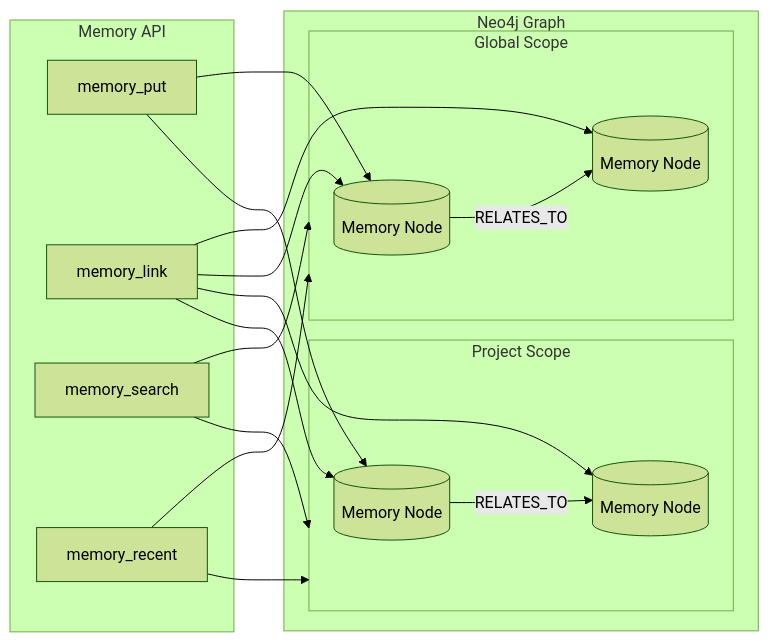
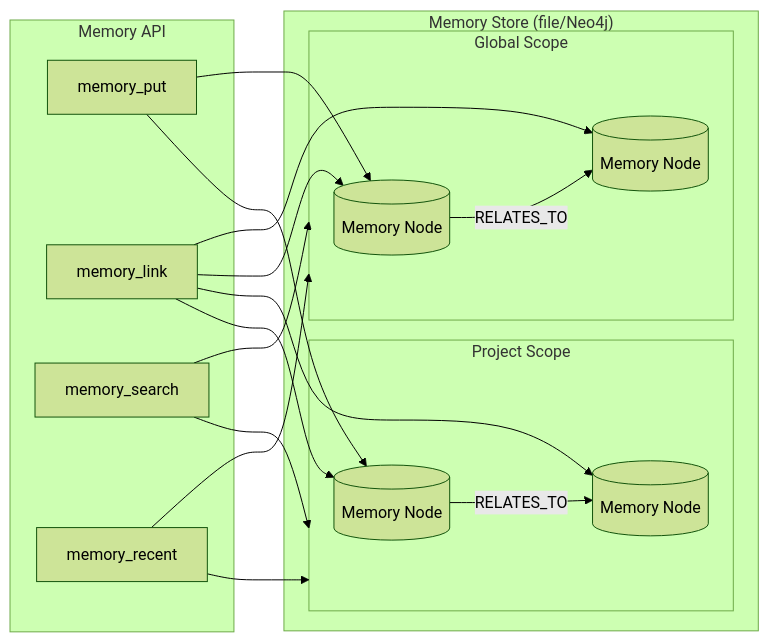
Before and after one commit to 0xSero/orchestra: the sixth of 7 diagrams in docs/architecture.md, drawn with Mermaid (forest theme). The commit also changed other lines of this file and 126 other files, not shown here.

````diff
--- a/docs/architecture.md
+++ b/docs/architecture.md
@@ -329,28 +329,28 @@
 ```mermaid
 graph LR
     subgraph API["Memory API"]
         Put["memory_put"]
         Link["memory_link"]
         Search["memory_search"]
         Recent["memory_recent"]
     end
     
-    subgraph Graph["Neo4j Graph"]
+    subgraph Graph["Memory Store (file/Neo4j)"]
         subgraph Project["Project Scope"]
             P1[("Memory Node")]
             P2[("Memory Node")]
             P1 -->|RELATES_TO| P2
         end
         
         subgraph Global["Global Scope"]
             G1[("Memory Node")]
             G2[("Memory Node")]
             G1 -->|RELATES_TO| G2
         end
     end
     
     Put --> P1 & G1
     Link --> P1 & P2 & G1 & G2
     Search --> Project & Global
     Recent --> Project & Global
 ```
````
